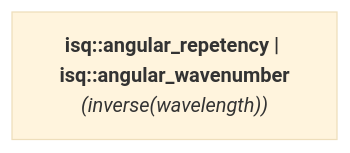
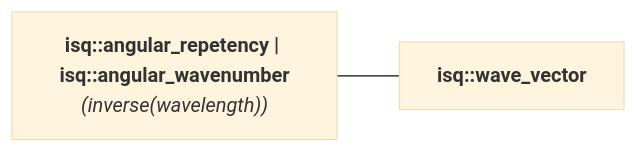
One commit to mpusz/mp-units changed the diagram in docs/reference/systems_reference/hierarchies/angular_repetency_isq.md. Above: the diagram before and after it, drawn with Mermaid (base theme). The commit also changed 20 other files, not shown here.

````diff
--- a/docs/reference/systems_reference/hierarchies/angular_repetency_isq.md
+++ b/docs/reference/systems_reference/hierarchies/angular_repetency_isq.md
@@ -8,4 +8,6 @@
 ```mermaid
 flowchart LR
     isq_angular_repetency["<b><a href="../../systems/isq/#angular_repetency" style="color: var(--md-mermaid-label-fg-color); text-decoration: none;">isq::angular_repetency</a> | <a href="../../systems/isq/#angular_wavenumber" style="color: var(--md-mermaid-label-fg-color); text-decoration: none;">isq::angular_wavenumber</a></b><br><i>(inverse(<a href="../../systems/isq/#wavelength" style="color: var(--md-mermaid-label-fg-color); text-decoration: none;">wavelength</a>))</i>"]
+    isq_wave_vector["<b><a href="../../systems/isq/#wave_vector" style="color: var(--md-mermaid-label-fg-color); text-decoration: none;">isq::wave_vector</a></b>"]
+    isq_angular_repetency --- isq_wave_vector
 ```
````
